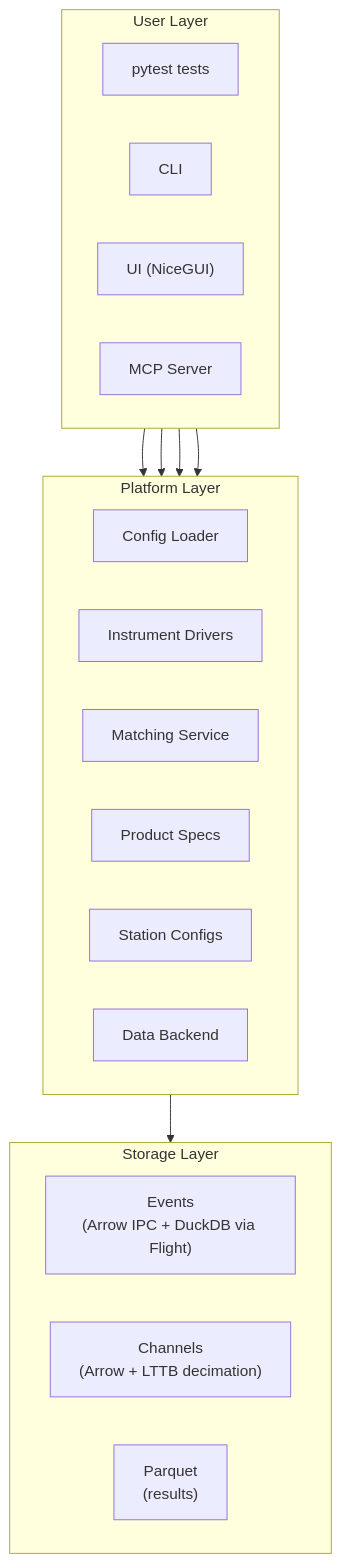
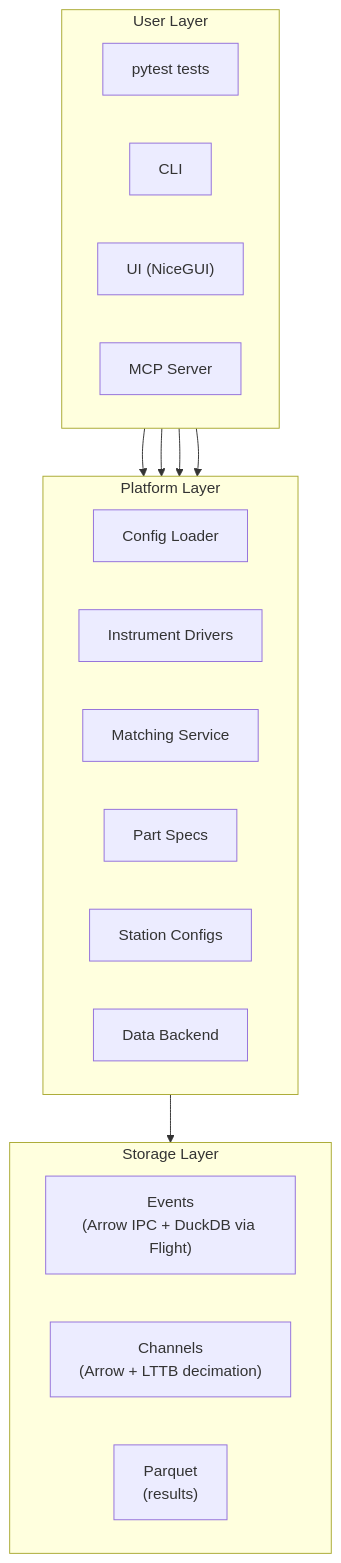
The diagram in docs/overview.md (pragmatest-dev/testerkit), drawn with Mermaid before and after one commit. The commit also changed other lines of this file and 246 other files, not shown here.

First line of the commit message:
refactor: rename product -> part across the codebase (#258)

````diff
--- a/docs/overview.md
+++ b/docs/overview.md
@@ -35,33 +35,33 @@
 ```mermaid
 flowchart TB
     subgraph User["User Layer"]
         direction LR
         pytest["pytest tests"]
         cli["CLI"]
         ui["UI (NiceGUI)"]
         mcp["MCP Server"]
     end
 
     subgraph Platform["Platform Layer"]
         direction LR
         cfg["Config Loader"]
         drv["Instrument Drivers"]
         match["Matching Service"]
-        product["Product Specs"]
+        part["Part Specs"]
         station["Station Configs"]
         data["Data Backend"]
     end
 
     subgraph Storage["Storage Layer"]
         direction LR
         events["Events<br/>(Arrow IPC + DuckDB via Flight)"]
         channels["Channels<br/>(Arrow + LTTB decimation)"]
         parquet["Parquet<br/>(results)"]
     end
 
     pytest --> Platform
     cli --> Platform
     ui --> Platform
     mcp --> Platform
     Platform --> Storage
 ```
````
